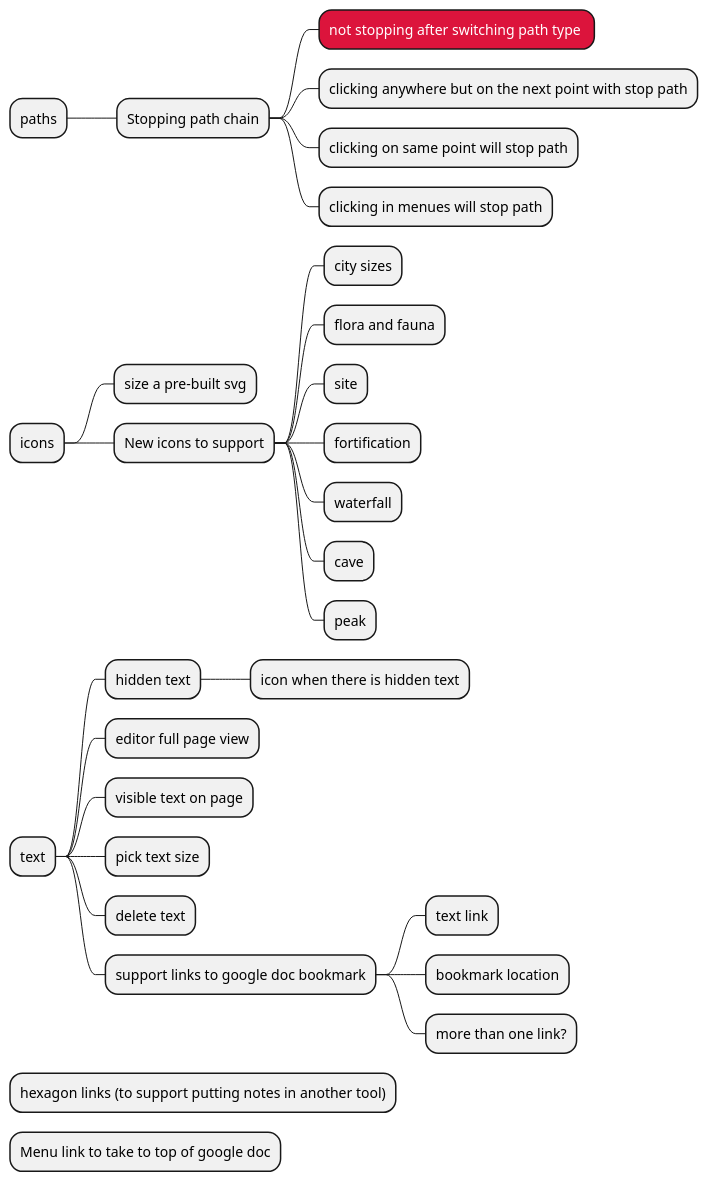
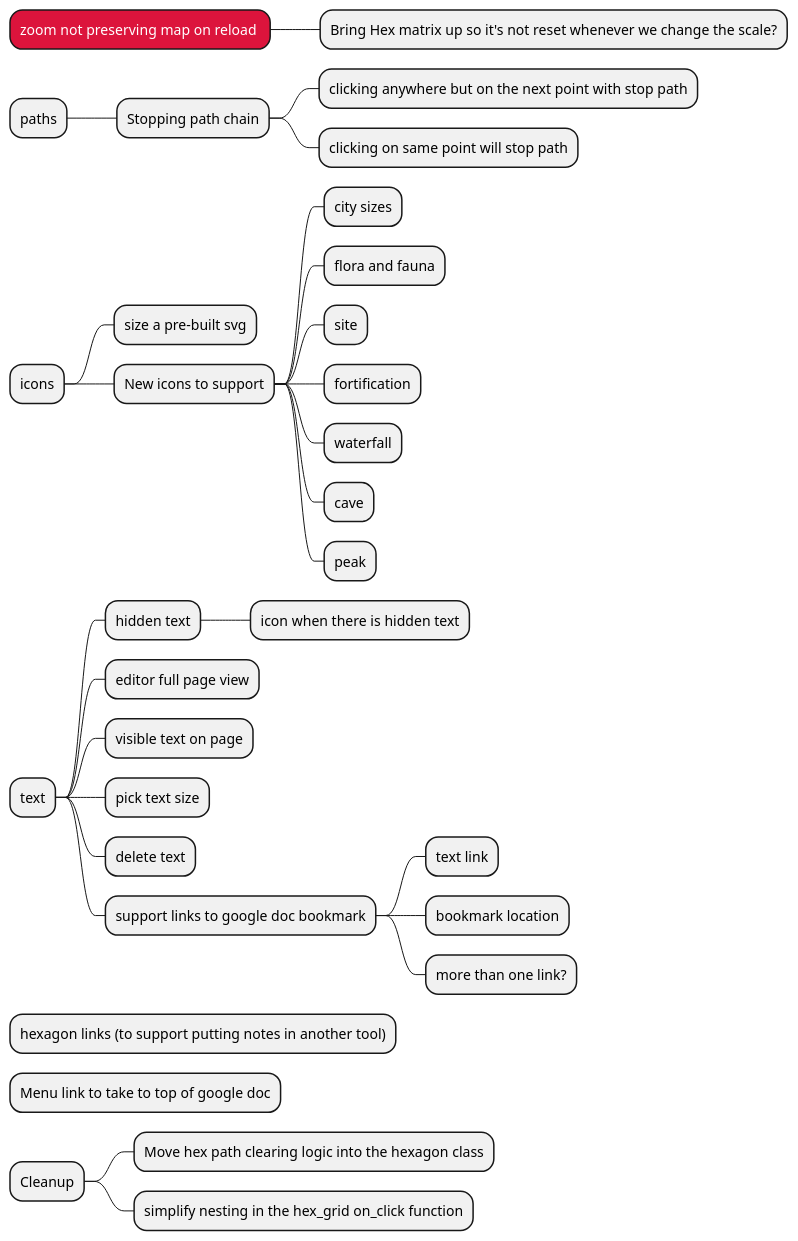
One commit to rpg-gen/rpg-gen.github.io changed the diagram in todo.puml. Above: the diagram before and after it, drawn with PlantUML. The commit also changed 7 other files, not shown here.

```diff
--- a/todo.puml
+++ b/todo.puml
@@ -1,80 +1,85 @@
 @startmindmap
 
 <style>
 MindmapDiagram {
 
   .bug {
     BackgroundColor: Crimson
     FontColor: White
   }
 
   .question {
     BackgroundColor: PowderBlue
   }
 
   .ready {
     BackgroundColor: YellowGreen
     FontColor: Black
   }
 
   .report {
     BackgroundColor: SlateGrey
     FontColor: White
   }
 
   .backlog * {
     BackgroundColor: Ivory
     FontColor: Grey
     LineColor: Lavender
   }
 
   .hold * {
     BackgroundColor: GoldenRod
     FontColor: Black
   }
 
   .priority {
     BackgroundColor: MediumVioletRed
     FontColor: White
   }
 
   .info * {
     BackgroundColor: LemonChiffon
   }
 }
 </style>
 
+* zoom not preserving map on reload <<bug>>
+** Bring Hex matrix up so it's not reset whenever we change the scale?
+
 * paths
 ** Stopping path chain
-*** not stopping after switching path type <<bug>>
 *** clicking anywhere but on the next point with stop path
 *** clicking on same point will stop path
-*** clicking in menues will stop path
 
 * icons
 ** size a pre-built svg
 ** New icons to support
 *** city sizes
 *** flora and fauna
 *** site
 *** fortification
 *** waterfall
 *** cave
 *** peak
 
 * text
 ** hidden text
 *** icon when there is hidden text
 ** editor full page view
 ** visible text on page
 ** pick text size
 ** delete text
 ** support links to google doc bookmark
 *** text link
 *** bookmark location
 *** more than one link?
 
 * hexagon links (to support putting notes in another tool)
 * Menu link to take to top of google doc
 
+* Cleanup
+** Move hex path clearing logic into the hexagon class
+** simplify nesting in the hex_grid on_click function
+
 @endmindmap
```
